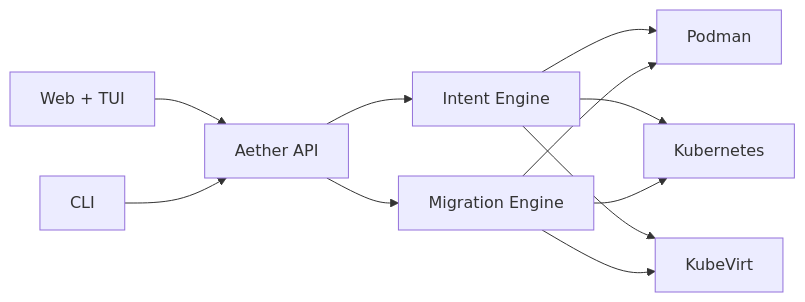
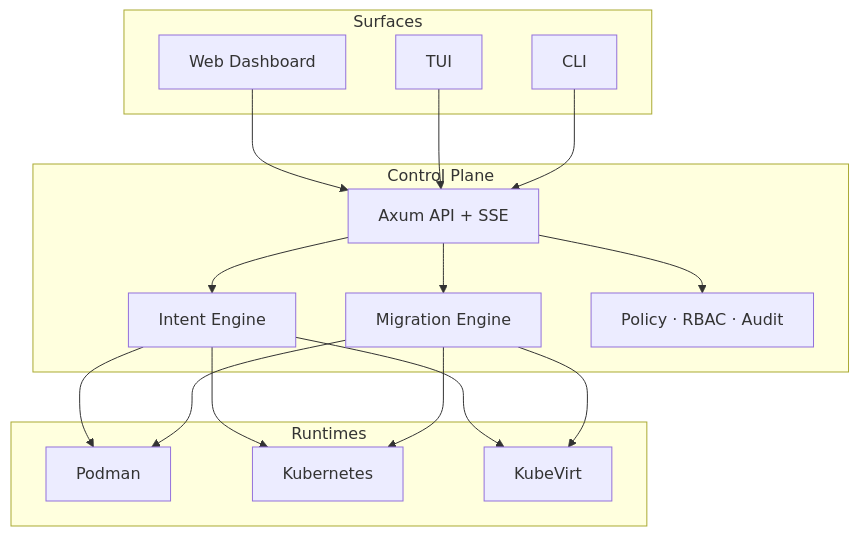
Before and after one commit to zyvorai/Aether: the diagram in README.md, drawn with Mermaid. The commit also changed other lines of this file and 6 other files, not shown here.

````diff
--- a/README.md
+++ b/README.md
@@ -110,13 +227,27 @@
 ```mermaid
-flowchart LR
-  UI[Web + TUI] --> API[Aether API]
-  CLI[CLI] --> API
-  API --> Intent[Intent Engine]
-  API --> Mig[Migration Engine]
-  Intent --> Podman[Podman]
-  Intent --> K8s[Kubernetes]
-  Intent --> KV[KubeVirt]
-  Mig --> Podman
-  Mig --> K8s
-  Mig --> KV
+flowchart TB
+  subgraph Surfaces
+    W[Web Dashboard]
+    T[TUI]
+    C[CLI]
+  end
+  subgraph Control Plane
+    API[Axum API + SSE]
+    I[Intent Engine]
+    M[Migration Engine]
+    P[Policy · RBAC · Audit]
+  end
+  subgraph Runtimes
+    Podman
+    K8s[Kubernetes]
+    KV[KubeVirt]
+  end
+  W --> API
+  T --> API
+  C --> API
+  API --> I
+  API --> M
+  API --> P
+  I --> Podman & K8s & KV
+  M --> Podman & K8s & KV
 ```
````
